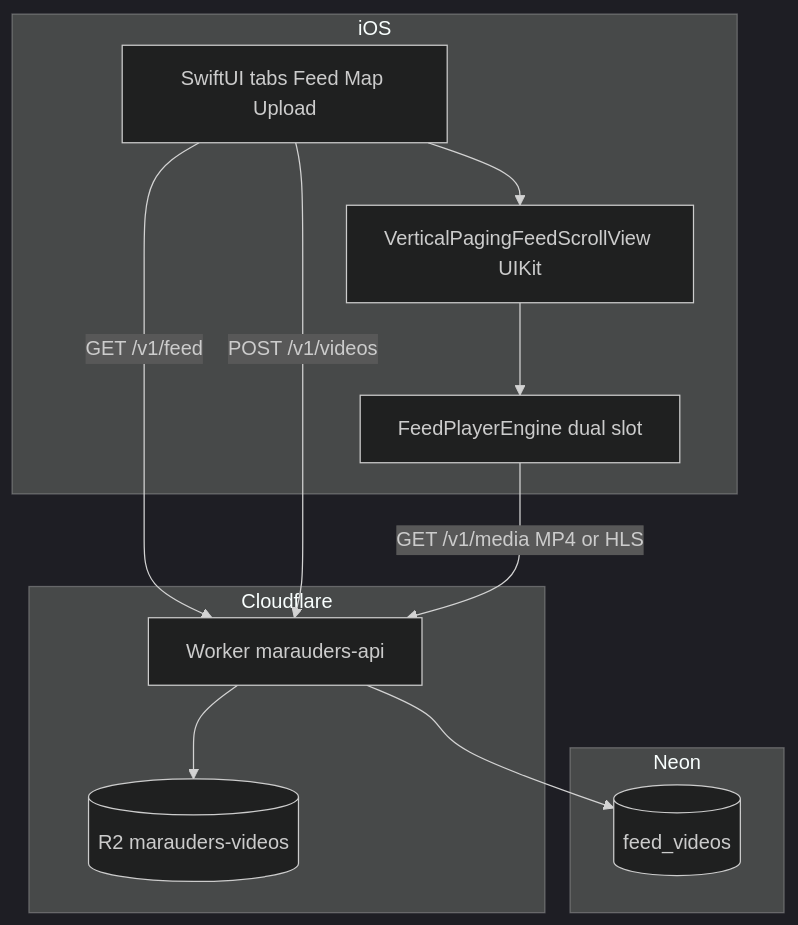
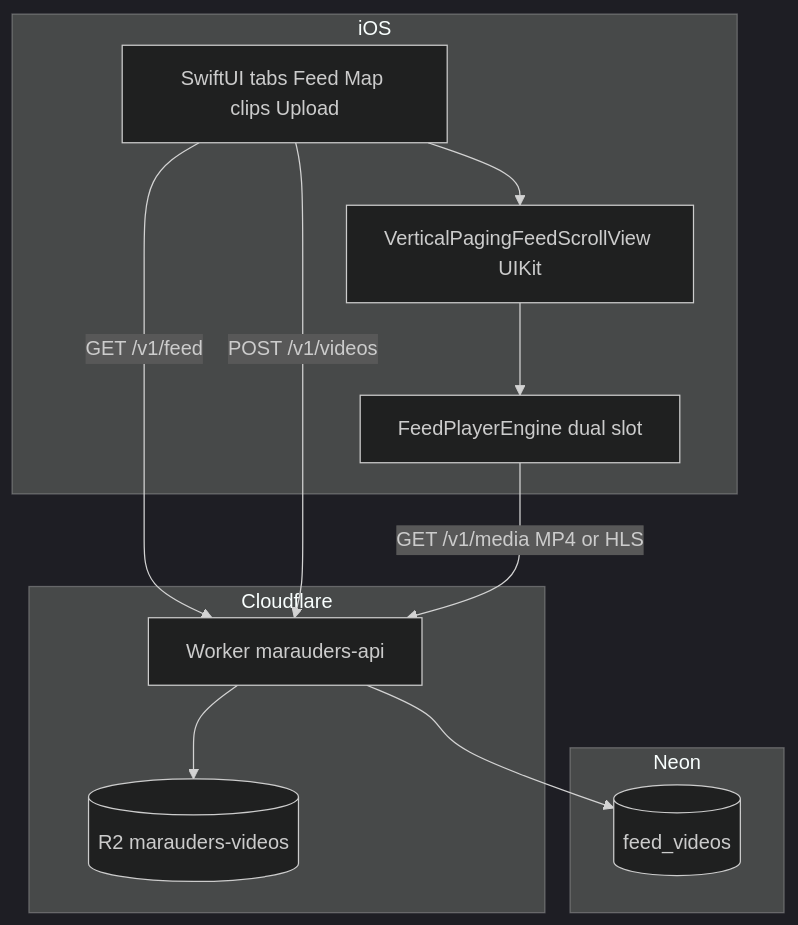
Before and after one commit to SomsakGitHub/Marauders: the first of 7 diagrams in ARCHITECTURE.md, drawn with Mermaid (dark theme). The commit also changed other lines of this file and 12 other files, not shown here.

First line of the commit message:
Show geotagged feed clips on the Map tab and open them in Feed.

````diff
--- a/ARCHITECTURE.md
+++ b/ARCHITECTURE.md
@@ -9,25 +9,25 @@
 ```mermaid
 flowchart TB
   subgraph ios [iOS]
-    UI[SwiftUI tabs Feed Map Upload]
+    UI[SwiftUI tabs Feed Map clips Upload]
     Paging[VerticalPagingFeedScrollView UIKit]
     Engine[FeedPlayerEngine dual slot]
     UI --> Paging
     Paging --> Engine
   end
 
   subgraph cf [Cloudflare]
     API[Worker marauders-api]
     R2[(R2 marauders-videos)]
   end
 
   subgraph neon [Neon]
     DB[(feed_videos)]
   end
 
   UI -->|GET /v1/feed| API
   UI -->|POST /v1/videos| API
   Engine -->|GET /v1/media MP4 or HLS| API
   API --> DB
   API --> R2
 ```
````
